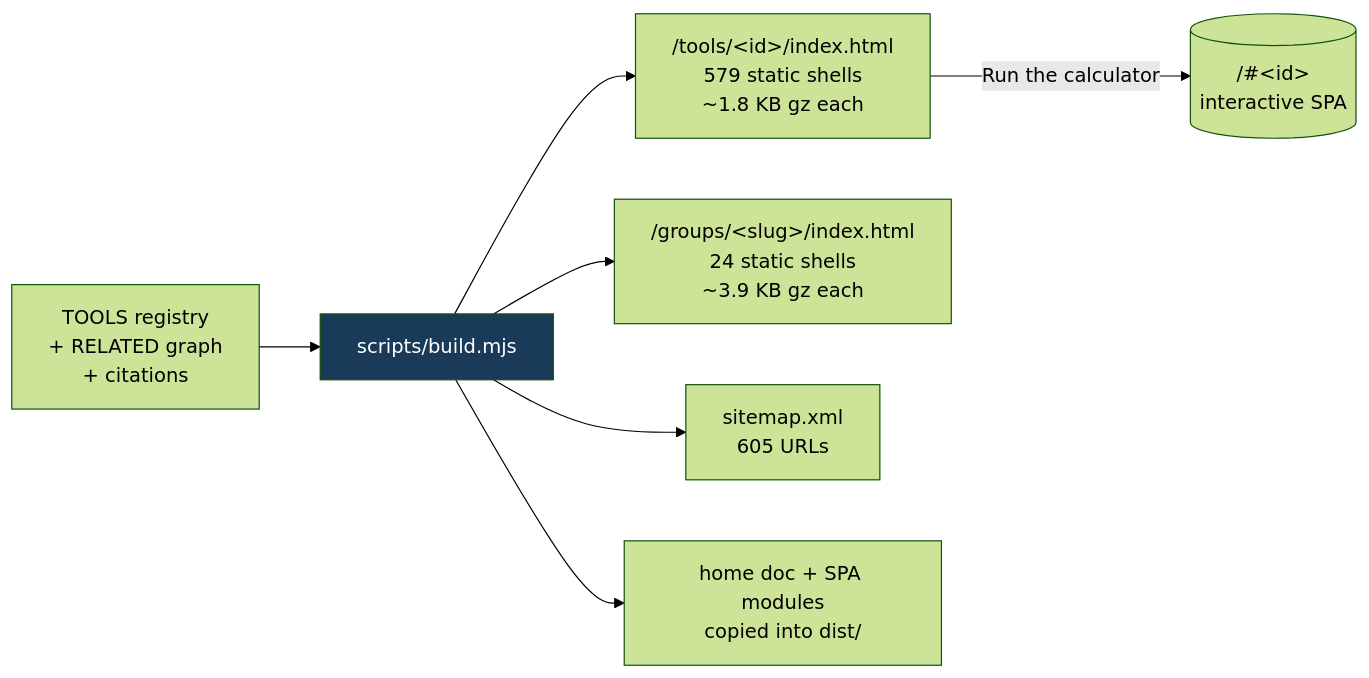
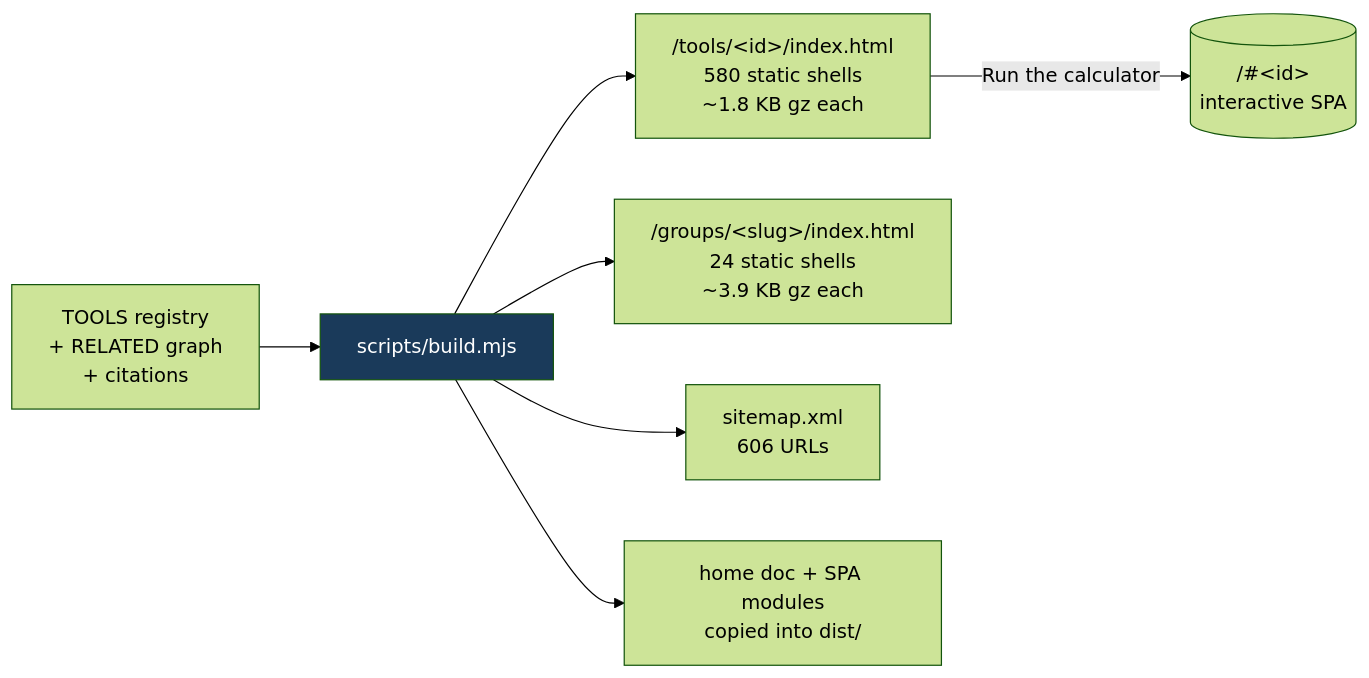
Before and after one commit to clay-good/roughlogic.com: the third of 6 diagrams in README.md, drawn with Mermaid (forest theme). The commit also changed other lines of this file and 15 other files, not shown here.

````diff
--- a/README.md
+++ b/README.md
@@ -276,10 +278,10 @@
 ```mermaid
 flowchart LR
     SRC[TOOLS registry\n+ RELATED graph\n+ citations] --> BUILD[scripts/build.mjs]
-    BUILD --> TILE["/tools/&lt;id&gt;/index.html\n579 static shells\n~1.8 KB gz each"]
+    BUILD --> TILE["/tools/&lt;id&gt;/index.html\n580 static shells\n~1.8 KB gz each"]
     BUILD --> GROUP["/groups/&lt;slug&gt;/index.html\n24 static shells\n~3.9 KB gz each"]
-    BUILD --> MAP["sitemap.xml\n605 URLs"]
+    BUILD --> MAP["sitemap.xml\n606 URLs"]
     BUILD --> COPY[home doc + SPA modules\ncopied into dist/]
     TILE -->|Run the calculator| SPA[("/#&lt;id&gt;\ninteractive SPA")]
     style BUILD fill:#1a3a5a,color:#fff
 ```
````
